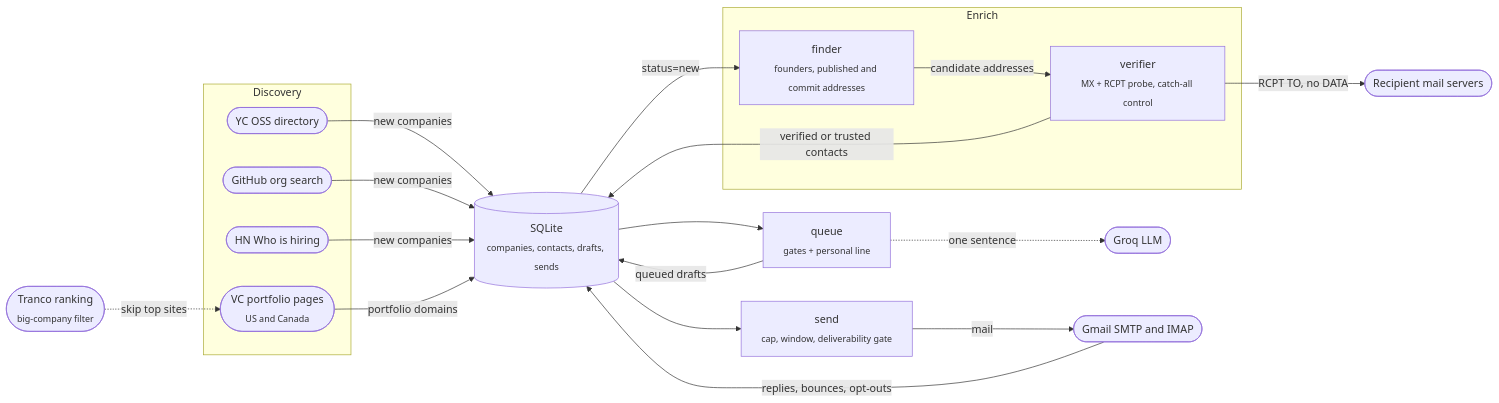
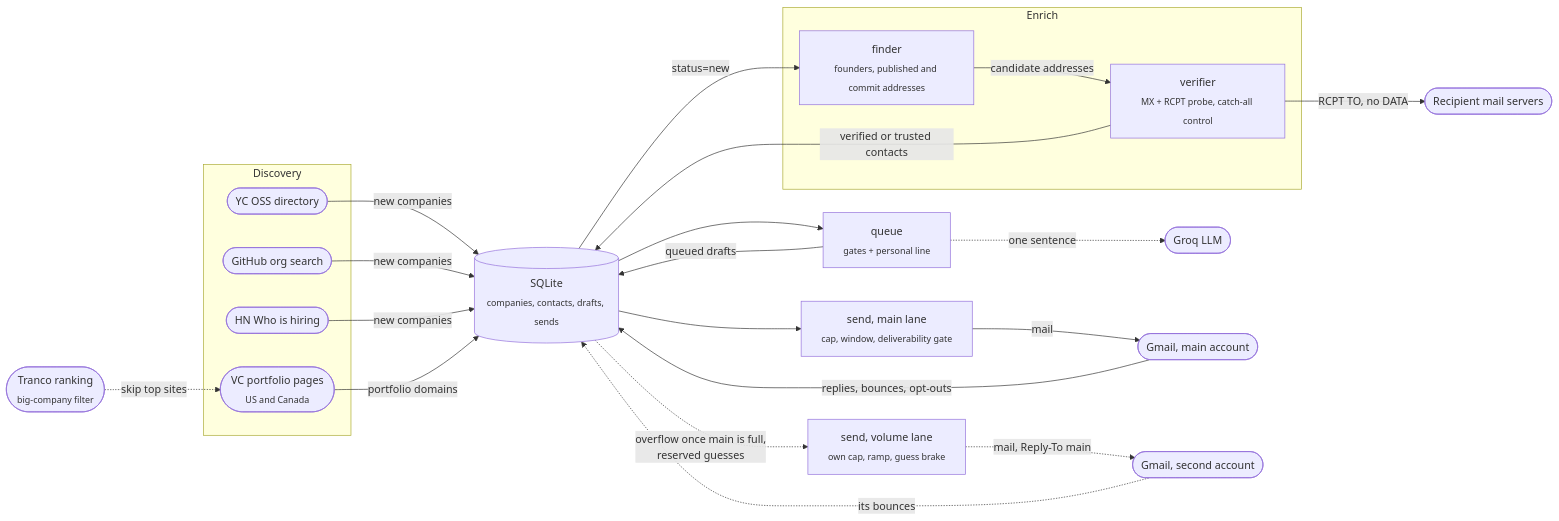
Before and after one commit to teddycitrus/mailbot: the first of 2 diagrams in README.md, drawn with Mermaid. The commit also changed other lines of this file and 27 other files, not shown here.

Commit message:
added second send lane, per-tick cap spread, apollo import, mx fix

````diff
--- a/README.md
+++ b/README.md
@@ -171,34 +171,39 @@
 ```mermaid
 flowchart LR
     subgraph discovery["Discovery"]
         YC(["YC OSS directory"])
         GH(["GitHub org search"])
         VC(["VC portfolio pages<br/><sub>US and Canada</sub>"])
         HN(["HN Who is hiring"])
     end
     TR(["Tranco ranking<br/><sub>big-company filter</sub>"])
     subgraph enrichment["Enrich"]
         F["finder<br/><sub>founders, published and commit addresses</sub>"]
         V["verifier<br/><sub>MX + RCPT probe, catch-all control</sub>"]
     end
     DB[("SQLite<br/><sub>companies, contacts, drafts, sends</sub>")]
     Q["queue<br/><sub>gates + personal line</sub>"]
     LLM(["Groq LLM"])
-    S["send<br/><sub>cap, window, deliverability gate</sub>"]
-    G(["Gmail SMTP and IMAP"])
+    S["send, main lane<br/><sub>cap, window, deliverability gate</sub>"]
+    SV["send, volume lane<br/><sub>own cap, ramp, guess brake</sub>"]
+    G(["Gmail, main account"])
+    GV(["Gmail, second account"])
     MX(["Recipient mail servers"])
 
     YC & GH & HN -->|"new companies"| DB
     VC -->|"portfolio domains"| DB
     TR -.->|"skip top sites"| VC
     DB -->|"status=new"| F
     F -->|"candidate addresses"| V
     V -->|"RCPT TO, no DATA"| MX
     V -->|"verified or trusted contacts"| DB
     DB --> Q
     Q -.->|"one sentence"| LLM
     Q -->|"queued drafts"| DB
     DB --> S
     S -->|"mail"| G
     G -->|"replies, bounces, opt-outs"| DB
+    DB -.->|"overflow once main is full,<br/>reserved guesses"| SV
+    SV -.->|"mail, Reply-To main"| GV
+    GV -.->|"its bounces"| DB
 ```
````
